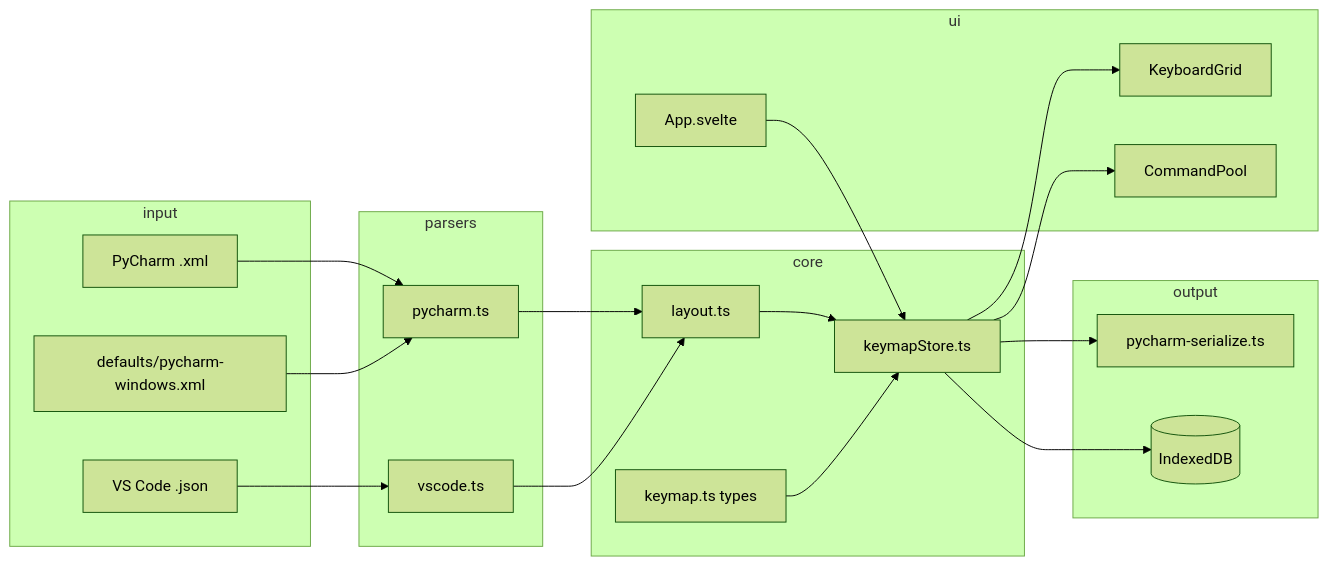
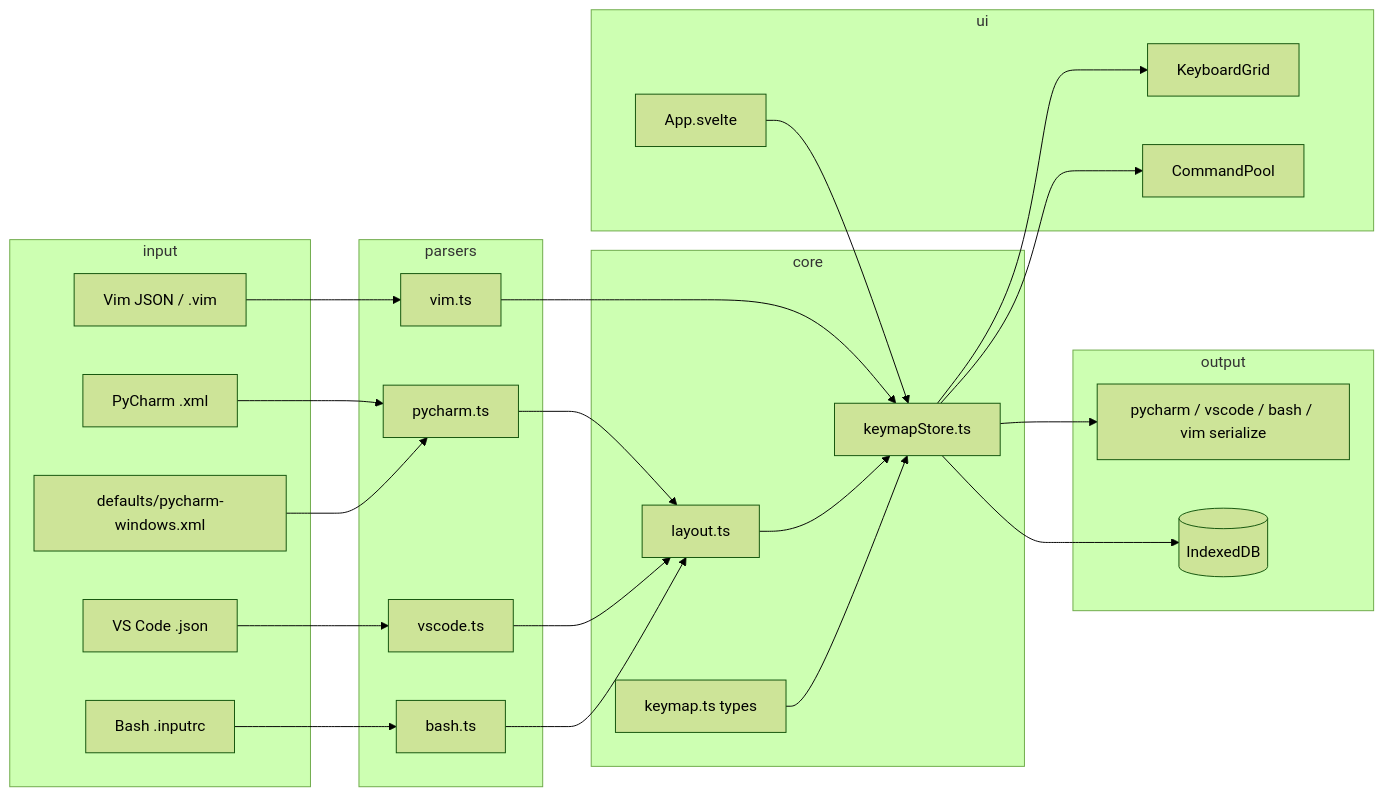
Before and after one commit to katafoxi/keybinds-map: the diagram in LLM_AGENT_CACHE.md, drawn with Mermaid (forest theme). The commit also changed other lines of this file and 3 other files, not shown here.

````diff
--- a/LLM_AGENT_CACHE.md
+++ b/LLM_AGENT_CACHE.md
@@ -41,43 +44,51 @@
 ```mermaid
 flowchart LR
   subgraph input
     XML[PyCharm .xml]
     JSON[VS Code .json]
+    BASH[Bash .inputrc]
+    VIM[Vim JSON / .vim]
     DEF[defaults/pycharm-windows.xml]
   end
 
   subgraph parsers
     P[pycharm.ts]
     V[vscode.ts]
+    B[bash.ts]
+    VI[vim.ts]
   end
 
   subgraph core
     L[layout.ts]
     S[keymapStore.ts]
     T[keymap.ts types]
   end
 
   subgraph ui
     A[App.svelte]
     KG[KeyboardGrid]
     CP[CommandPool]
   end
 
   subgraph output
-    SER[pycharm-serialize.ts]
+    SER[pycharm / vscode / bash / vim serialize]
     IDB[(IndexedDB)]
   end
 
   XML --> P
   JSON --> V
+  BASH --> B
+  VIM --> VI
   DEF --> P
   P --> L
   V --> L
+  B --> L
+  VI --> S
   L --> S
   T --> S
   S --> KG
   S --> CP
   A --> S
   S --> SER
   S --> IDB
 ```
````
